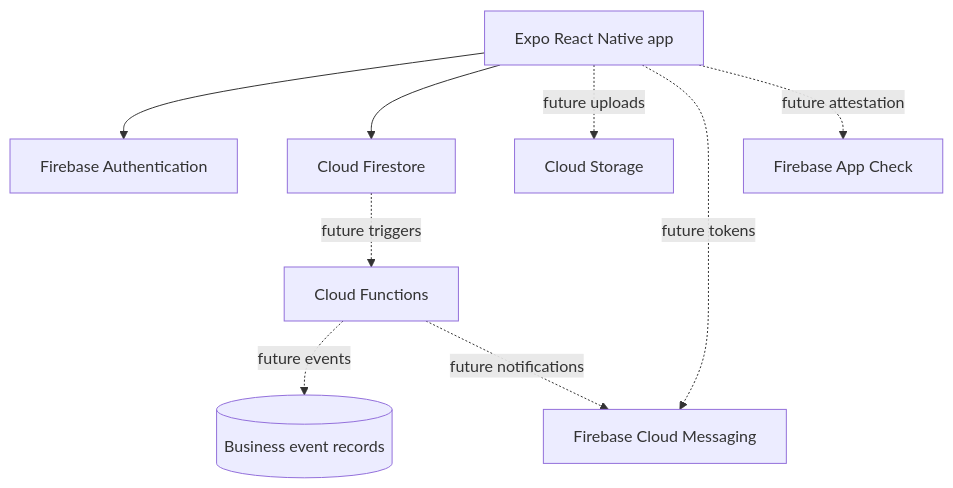
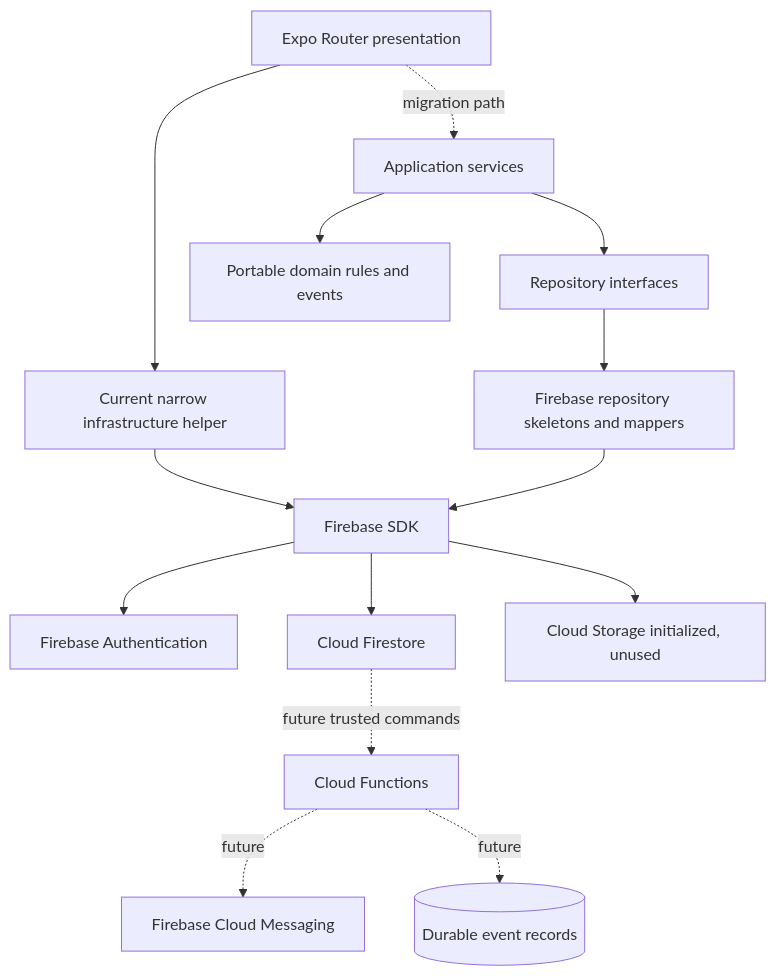
One commit to abda-dc/karri-mobile changed the diagram in docs/architecture/technical-architecture.md. Above: the diagram before and after it, drawn with Mermaid. The commit also changed other lines of this file and 95 other files, not shown here.

Commit message:
Add core platform domain architecture

````diff
--- a/docs/architecture/technical-architecture.md
+++ b/docs/architecture/technical-architecture.md
@@ -7,11 +15,18 @@
 ```mermaid
 flowchart TB
-    App[Expo React Native app] --> Auth[Firebase Authentication]
-    App --> FS[Cloud Firestore]
-    App -. future uploads .-> Storage[Cloud Storage]
-    App -. future tokens .-> FCM[Firebase Cloud Messaging]
-    App -. future attestation .-> Check[Firebase App Check]
-    FS -. future triggers .-> Fn[Cloud Functions]
-    Fn -. future events .-> Events[(Business event records)]
-    Fn -. future notifications .-> FCM
+    UI[Expo Router presentation] --> Direct[Current narrow infrastructure helper]
+    Direct --> Firebase[Firebase SDK]
+    Firebase --> Auth[Firebase Authentication]
+    Firebase --> FS[Cloud Firestore]
+    Firebase --> Storage[Cloud Storage initialized, unused]
+
+    UI -. migration path .-> Services[Application services]
+    Services --> Domain[Portable domain rules and events]
+    Services --> Ports[Repository interfaces]
+    Ports --> Adapters[Firebase repository skeletons and mappers]
+    Adapters --> Firebase
+
+    FS -. future trusted commands .-> Functions[Cloud Functions]
+    Functions -. future .-> FCM[Firebase Cloud Messaging]
+    Functions -. future .-> DurableEvents[(Durable event records)]
 ```
````
